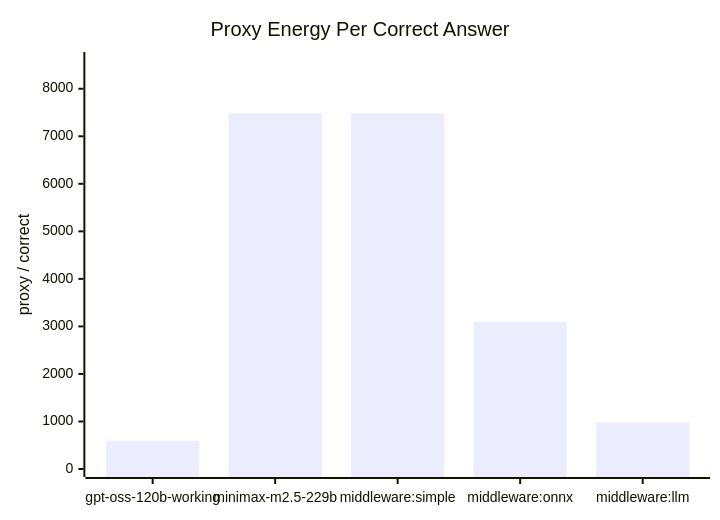
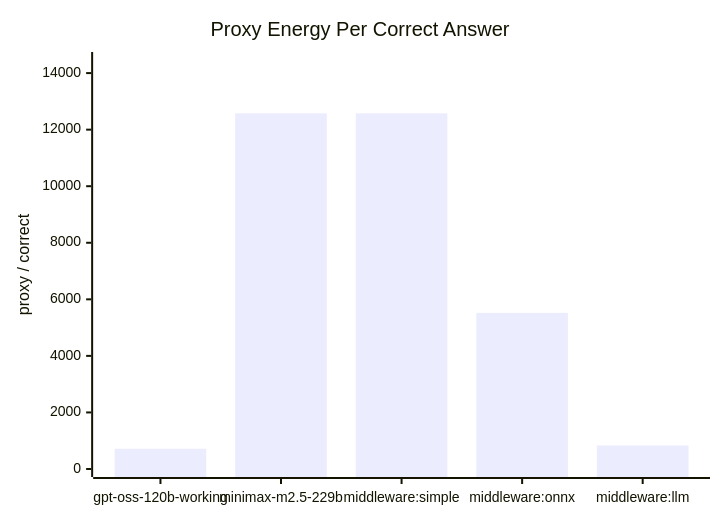
Before and after one commit to JonasLiebschner/Frugal-AI: the second of 2 diagrams in tmp/highscattered_first30_energy_proxy_report.md, drawn with Mermaid. The commit also changed other lines of this file and 12 other files, not shown here.

````diff
--- a/tmp/highscattered_first30_energy_proxy_report.md
+++ b/tmp/highscattered_first30_energy_proxy_report.md
@@ -50,7 +52,7 @@
 ```mermaid
 xychart-beta
     title "Proxy Energy Per Correct Answer"
     x-axis ["gpt-oss-120b-working", "minimax-m2.5-229b", "middleware:simple", "middleware:onnx", "middleware:llm"]
-    y-axis "proxy / correct" 0 --> 8605
-    bar [596.01, 7482.1, 7482.1, 3097.8, 978.9]
+    y-axis "proxy / correct" 0 --> 14463
+    bar [714.34, 12576.38, 12576.38, 5520.97, 831.97]
 ```
````
